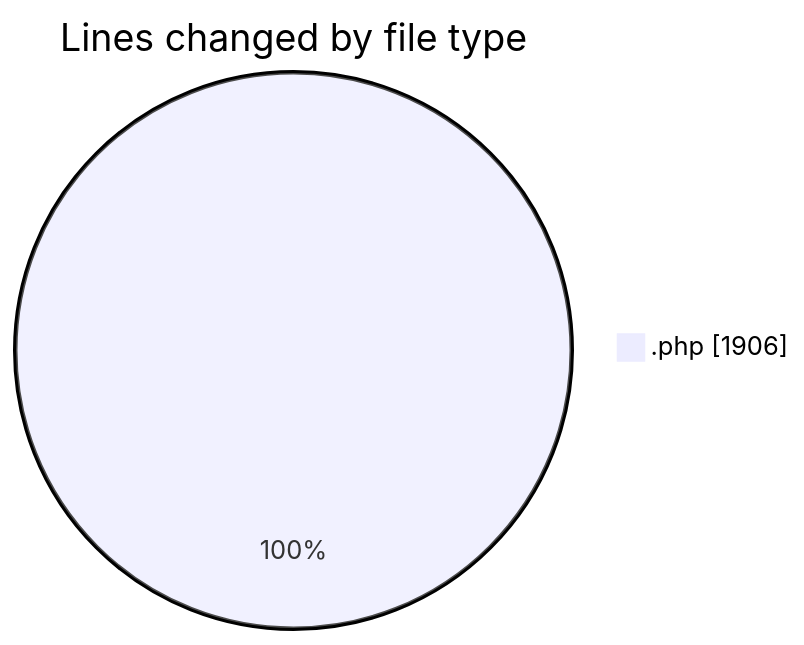
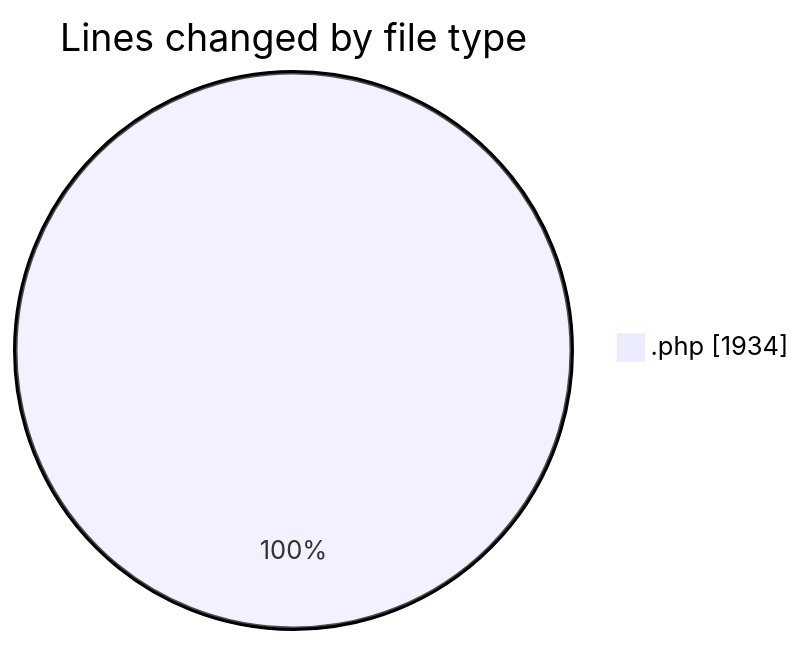
One commit to debugP/code-tracking changed the first of 2 diagrams in 2025-10-02/untitled__workspace_/README.md. Above: the diagram before and after it, drawn with Mermaid. The commit also changed other lines of this file and 1 other file, not shown here.

````diff
--- a/2025-10-02/untitled__workspace_/README.md
+++ b/2025-10-02/untitled__workspace_/README.md
@@ -21,5 +21,5 @@
 ```mermaid
 pie showData
 title Lines changed by file type
-".php" : 1906
+".php" : 1934
 ```
````
